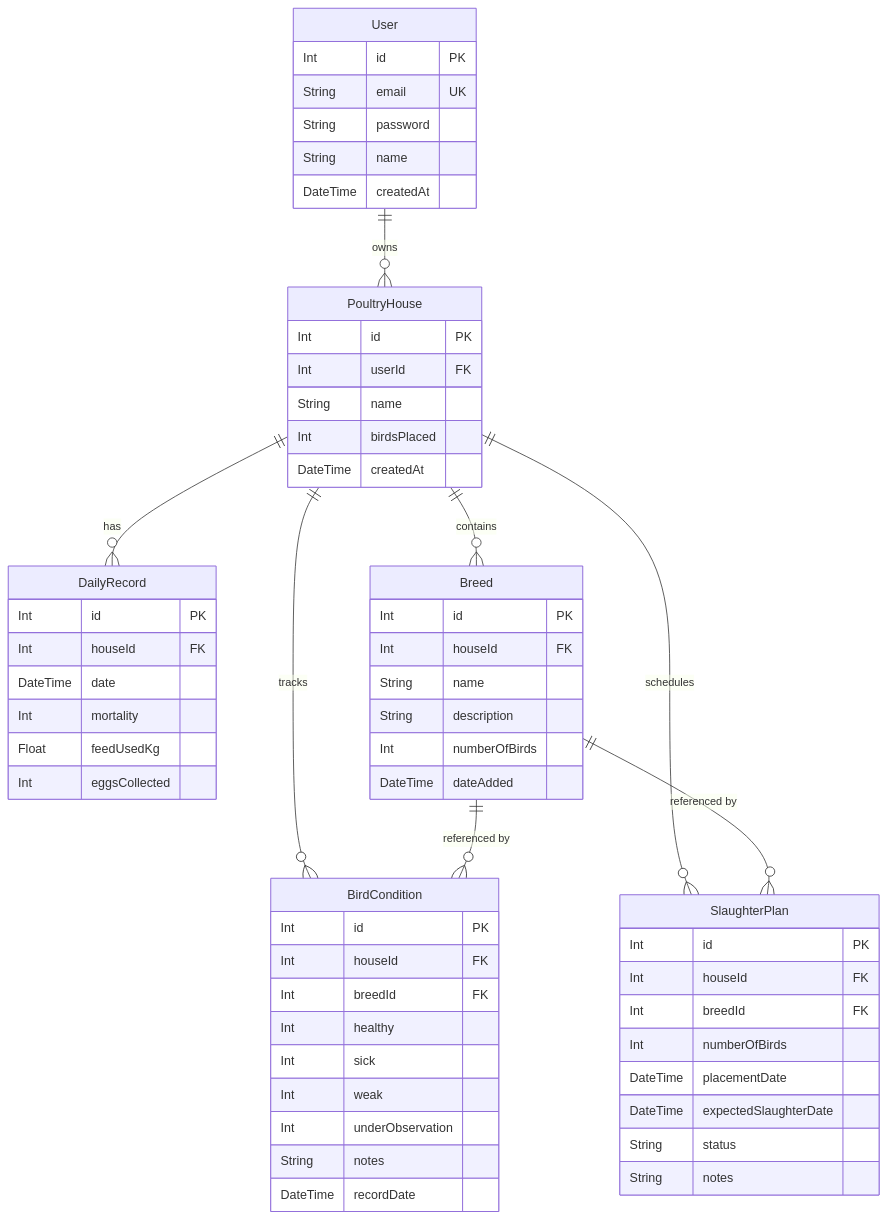
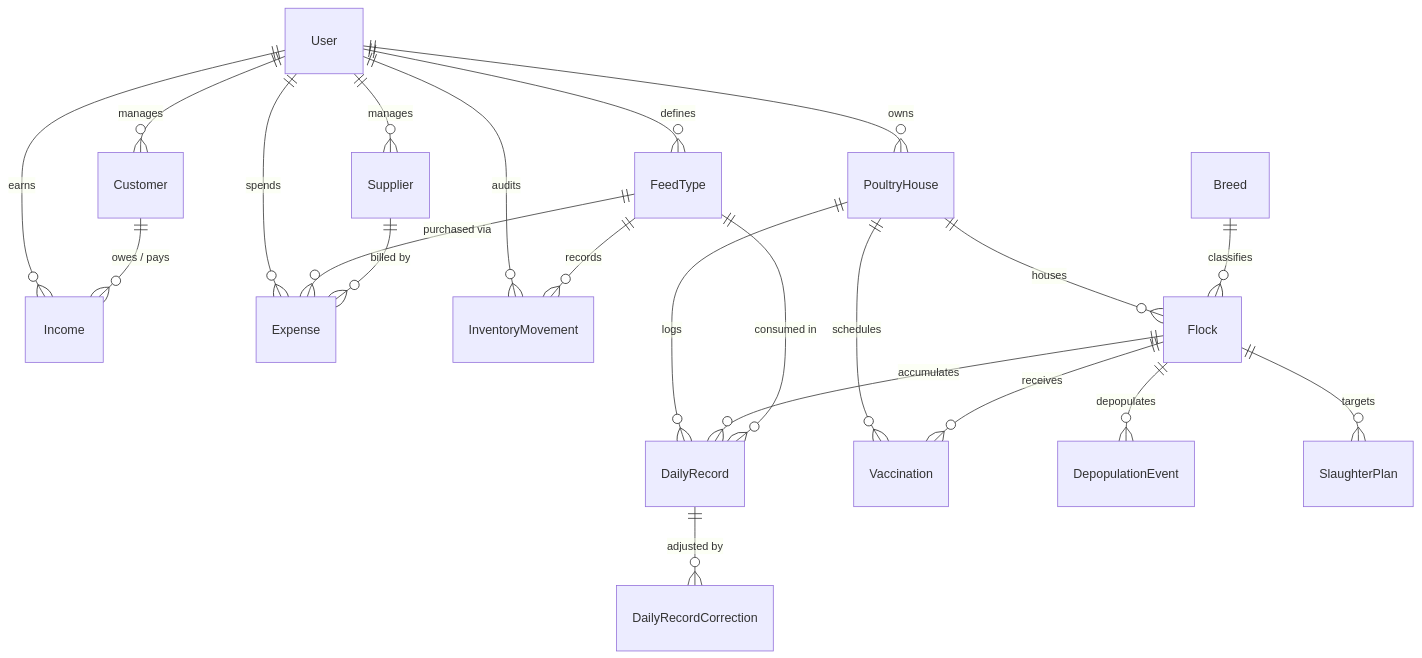
The diagram in README.md (Ass-Gaye/Farm-Management-System), drawn with Mermaid before and after one commit. The commit also changed other lines of this file, not shown here.

````diff
--- a/README.md
+++ b/README.md
@@ -271,67 +181,28 @@
 ```mermaid
 erDiagram
     User ||--o{ PoultryHouse : "owns"
-    PoultryHouse ||--o{ DailyRecord : "has"
-    PoultryHouse ||--o{ Breed : "contains"
-    PoultryHouse ||--o{ BirdCondition : "tracks"
-    PoultryHouse ||--o{ SlaughterPlan : "schedules"
-    Breed ||--o{ BirdCondition : "referenced by"
-    Breed ||--o{ SlaughterPlan : "referenced by"
+    User ||--o{ FeedType : "defines"
+    User ||--o{ Customer : "manages"
+    User ||--o{ Supplier : "manages"
+    User ||--o{ Income : "earns"
+    User ||--o{ Expense : "spends"
+    User ||--o{ InventoryMovement : "audits"
 
-    User {
-        Int id PK
-        String email UK
-        String password
-        String name
-        DateTime createdAt
-    }
+    PoultryHouse ||--o{ Flock : "houses"
+    PoultryHouse ||--o{ DailyRecord : "logs"
+    PoultryHouse ||--o{ Vaccination : "schedules"
 
-    PoultryHouse {
-        Int id PK
-        Int userId FK
-        String name
-        Int birdsPlaced
-        DateTime createdAt
-    }
+    Flock ||--o{ DailyRecord : "accumulates"
+    Flock ||--o{ DepopulationEvent : "depopulates"
+    Flock ||--o{ SlaughterPlan : "targets"
+    Flock ||--o{ Vaccination : "receives"
+    Breed ||--o{ Flock : "classifies"
 
-    Breed {
-        Int id PK
-        Int houseId FK
-        String name
-        String description
-        Int numberOfBirds
-        DateTime dateAdded
-    }
+    DailyRecord ||--o{ DailyRecordCorrection : "adjusted by"
+    FeedType ||--o{ InventoryMovement : "records"
+    FeedType ||--o{ DailyRecord : "consumed in"
+    FeedType ||--o{ Expense : "purchased via"
 
-    BirdCondition {
-        Int id PK
-        Int houseId FK
-        Int breedId FK
-        Int healthy
-        Int sick
-        Int weak
-        Int underObservation
-        String notes
-        DateTime recordDate
-    }
-
-    SlaughterPlan {
-        Int id PK
-        Int houseId FK
-        Int breedId FK
-        Int numberOfBirds
-        DateTime placementDate
-        DateTime expectedSlaughterDate
-        String status
-        String notes
-    }
-
-    DailyRecord {
-        Int id PK
-        Int houseId FK
-        DateTime date
-        Int mortality
-        Float feedUsedKg
-        Int eggsCollected
-    }
+    Customer ||--o{ Income : "owes / pays"
+    Supplier ||--o{ Expense : "billed by"
 ```
````
